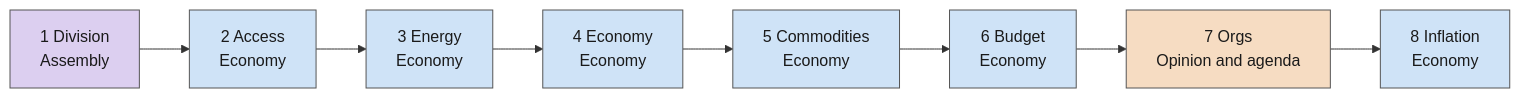
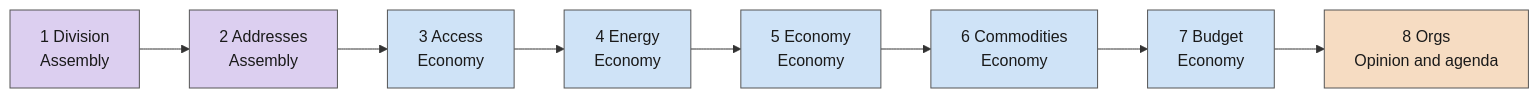
The first of 5 diagrams in docs/tick-order.md (powerbassist/World-simulator), drawn with Mermaid before and after one commit. The commit also changed other lines of this file and 20 other files, not shown here.

````diff
--- a/docs/tick-order.md
+++ b/docs/tick-order.md
@@ -21,18 +21,18 @@
 ```mermaid
 flowchart LR
   s1["1 Division<br/>Assembly"]:::g2
-  s2["2 Access<br/>Economy"]:::g0
-  s3["3 Energy<br/>Economy"]:::g0
-  s4["4 Economy<br/>Economy"]:::g0
-  s5["5 Commodities<br/>Economy"]:::g0
-  s6["6 Budget<br/>Economy"]:::g0
-  s7["7 Orgs<br/>Opinion and agenda"]:::g1
-  s8["8 Inflation<br/>Economy"]:::g0
+  s2["2 Addresses<br/>Assembly"]:::g2
+  s3["3 Access<br/>Economy"]:::g0
+  s4["4 Energy<br/>Economy"]:::g0
+  s5["5 Economy<br/>Economy"]:::g0
+  s6["6 Commodities<br/>Economy"]:::g0
+  s7["7 Budget<br/>Economy"]:::g0
+  s8["8 Orgs<br/>Opinion and agenda"]:::g1
   s1 --> s2 --> s3 --> s4 --> s5 --> s6 --> s7 --> s8
   classDef g0 fill:#cfe3f7,stroke:#555,color:#1a1a1a
   classDef g1 fill:#f6dcc2,stroke:#555,color:#1a1a1a
   classDef g2 fill:#dccff0,stroke:#555,color:#1a1a1a
   classDef g3 fill:#cdebd3,stroke:#555,color:#1a1a1a
   classDef g4 fill:#f3e7b5,stroke:#555,color:#1a1a1a
   classDef g5 fill:#f2cfd3,stroke:#555,color:#1a1a1a
 ```
````
